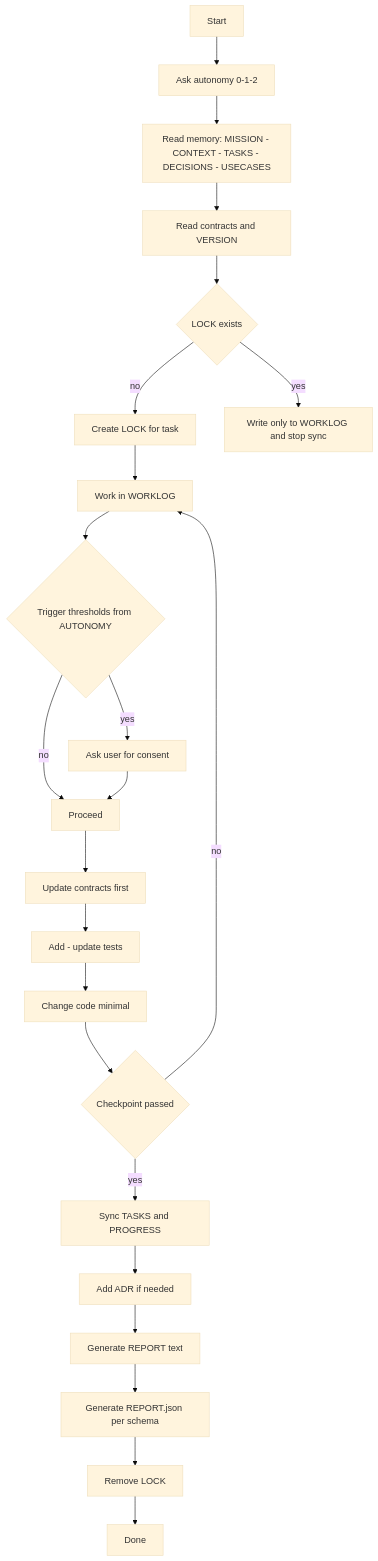
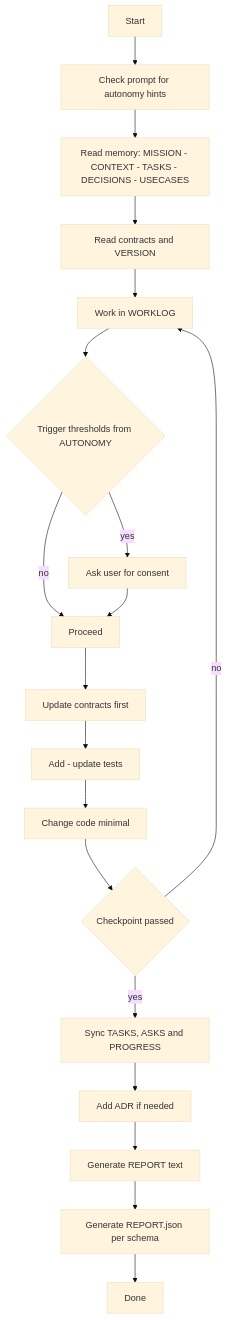
The diagram in README.md (nicelight/Codex-Cloud-Memory-Bank), drawn with Mermaid (base theme) before and after one commit. The commit also changed other lines of this file and 4 other files, not shown here.

Commit message:
refactor memory bank autonomy and asks process

````diff
--- a/README.md
+++ b/README.md
@@ -38,25 +39,21 @@
 ```mermaid
 flowchart TB
-  A[Start] --> B[Ask autonomy 0-1-2]
+  A[Start] --> B[Check prompt for autonomy hints]
   B --> C[Read memory: MISSION - CONTEXT - TASKS - DECISIONS - USECASES]
   C --> D[Read contracts and VERSION]
-  D --> E{LOCK exists}
-  E -- no --> F[Create LOCK for task]
-  E -- yes --> G[Write only to WORKLOG and stop sync]
-  F --> H[Work in WORKLOG]
-  H --> I{Trigger thresholds from AUTONOMY}
-  I -- yes --> J[Ask user for consent]
-  I -- no --> K[Proceed]
-  J --> K
-  K --> L[Update contracts first]
-  L --> M[Add - update tests]
-  M --> N[Change code minimal]
-  N --> O{Checkpoint passed}
-  O -- no --> H
-  O -- yes --> P[Sync TASKS and PROGRESS]
-  P --> Q[Add ADR if needed]
-  Q --> R[Generate REPORT text]
-  R --> S[Generate REPORT.json per schema]
-  S --> T[Remove LOCK]
-  T --> U[Done]
+  D --> E[Work in WORKLOG]
+  E --> F{Trigger thresholds from AUTONOMY}
+  F -- yes --> G[Ask user for consent]
+  F -- no --> H[Proceed]
+  G --> H
+  H --> I[Update contracts first]
+  I --> J[Add - update tests]
+  J --> K[Change code minimal]
+  K --> L{Checkpoint passed}
+  L -- no --> E
+  L -- yes --> M[Sync TASKS, ASKS and PROGRESS]
+  M --> N[Add ADR if needed]
+  N --> O[Generate REPORT text]
+  O --> P[Generate REPORT.json per schema]
+  P --> Q[Done]
 ```
````
